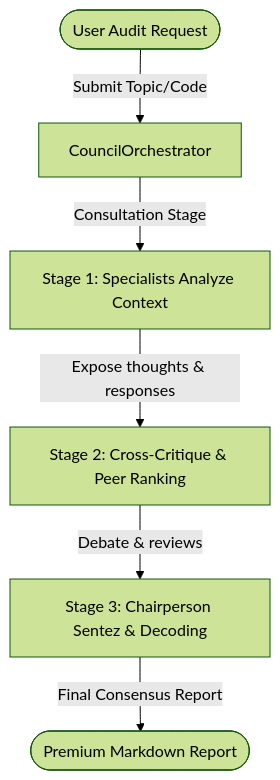
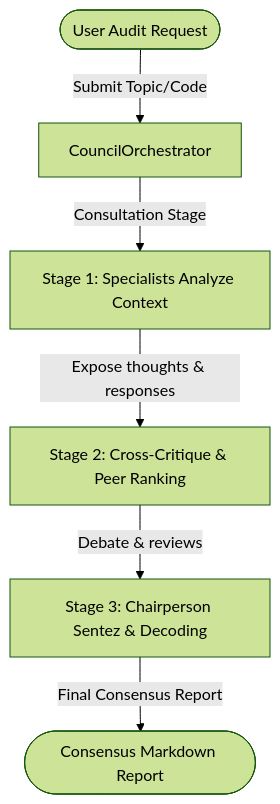
The diagram in README.md (Ads-nht/AegisCouncil), drawn with Mermaid (forest theme) before and after one commit. The commit also changed other lines of this file and 7 other files, not shown here.

````diff
--- a/README.md
+++ b/README.md
@@ -24,8 +24,8 @@
 ```mermaid
 graph TD
     User([User Audit Request]) -->|Submit Topic/Code| Orch[CouncilOrchestrator]
     Orch -->|Consultation Stage| Stage1[Stage 1: Specialists Analyze Context]
     Stage1 -->|Expose thoughts & responses| Stage2[Stage 2: Cross-Critique & Peer Ranking]
     Stage2 -->|Debate & reviews| Stage3[Stage 3: Chairperson Sentez & Decoding]
-    Stage3 -->|Final Consensus Report| Output([Premium Markdown Report])
+    Stage3 -->|Final Consensus Report| Output([Consensus Markdown Report])
 ```
````
